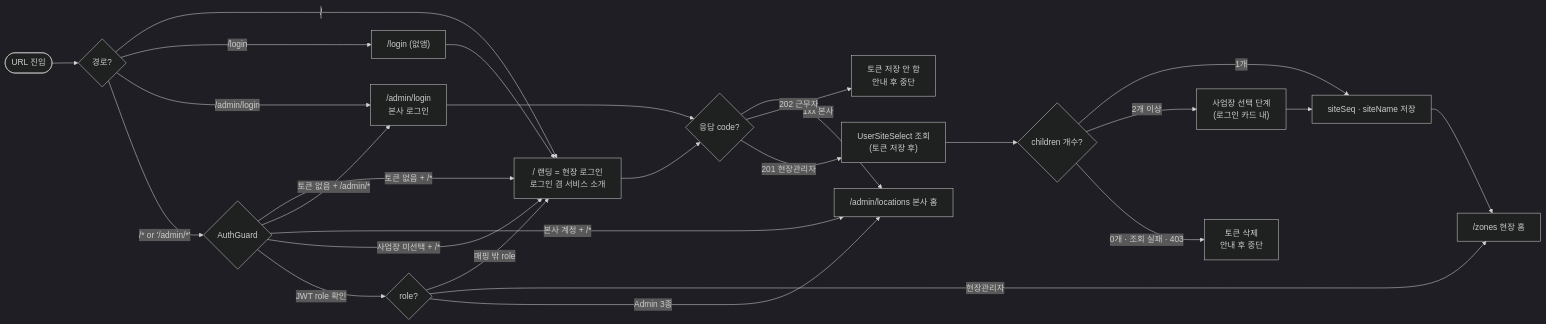
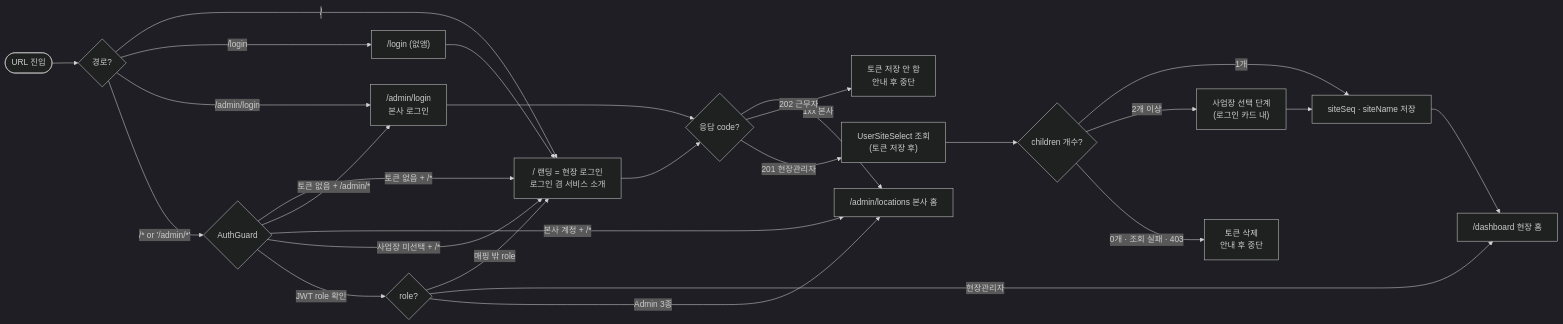
The first of 15 diagrams in docs/flow.md (S-Tec-System-R-D/s-patrol_fe), drawn with Mermaid before and after one commit. The commit also changed other lines of this file and 20 other files, not shown here.

Commit message:
feat : 066 — 현장 대시보드 셸(/dashboard · 본문 placeholder) · 메뉴 맨 앞 대시보드(6개) · 현장 홈 /zones → /dashboard(로그인 착지 · 사업장 전환 착지 · 오버레이 해제 경로 · 403/404 홈) · 테스트(홈 경로 7파일 · e2e 대시보드 열림 · S8 전환 뒤 코스/지점에서 목록 확인) · screens · flow(020 현장 홈 결정 뒤집음 · OQ 종결) · roadmap 066 행 (T1097~T1101, 경량 작업)

````diff
--- a/docs/flow.md
+++ b/docs/flow.md
@@ -18,33 +18,33 @@
 ```mermaid
 %%{init: {'theme':'dark'}}%%
 flowchart LR
     Visit([URL 진입]) --> Path{경로?}
 
     Path -- "/" --> Login["/ 랜딩 = 현장 로그인<br/>로그인 겸 서비스 소개"]
     Path -- "/login" --> OldLogin["/login (없앰)"] --> Login
     Path -- "/admin/login" --> AdminLogin["/admin/login<br/>본사 로그인"]
     Path -- "/*" or '/admin/*' --> Guard{AuthGuard}
 
     Guard -- "토큰 없음 + /*" --> Login
     Guard -- "토큰 없음 + /admin/*" --> AdminLogin
     Guard -- "본사 계정 + /*" --> AdminHome
     Guard -- "사업장 미선택 + /*" --> Login
     Guard -- "JWT role 확인" --> Role{"role?"}
 
     Role -- "매핑 밖 role" --> Login
-    Role -- 현장관리자 --> ServiceHome["/zones 현장 홈"]
+    Role -- 현장관리자 --> ServiceHome["/dashboard 현장 홈"]
     Role -- Admin 3종 --> AdminHome["/admin/locations 본사 홈"]
 
     Login --> LoginPost{"응답 code?"}
     AdminLogin --> LoginPost
     LoginPost -- "1xx 본사" --> AdminHome
     LoginPost -- "202 근무자" --> Deny["토큰 저장 안 함<br/>안내 후 중단"]
     LoginPost -- "201 현장관리자" --> SiteFetch["UserSiteSelect 조회<br/>(토큰 저장 후)"]
 
     SiteFetch --> SiteCount{"children 개수?"}
     SiteCount -- "1개" --> SiteSave
     SiteCount -- "2개 이상" --> SitePick["사업장 선택 단계<br/>(로그인 카드 내)"]
     SiteCount -- "0개 · 조회 실패 · 403" --> SiteDeny["토큰 삭제<br/>안내 후 중단"]
     SitePick --> SiteSave["siteSeq · siteName 저장"]
     SiteSave --> ServiceHome
 ```
````
